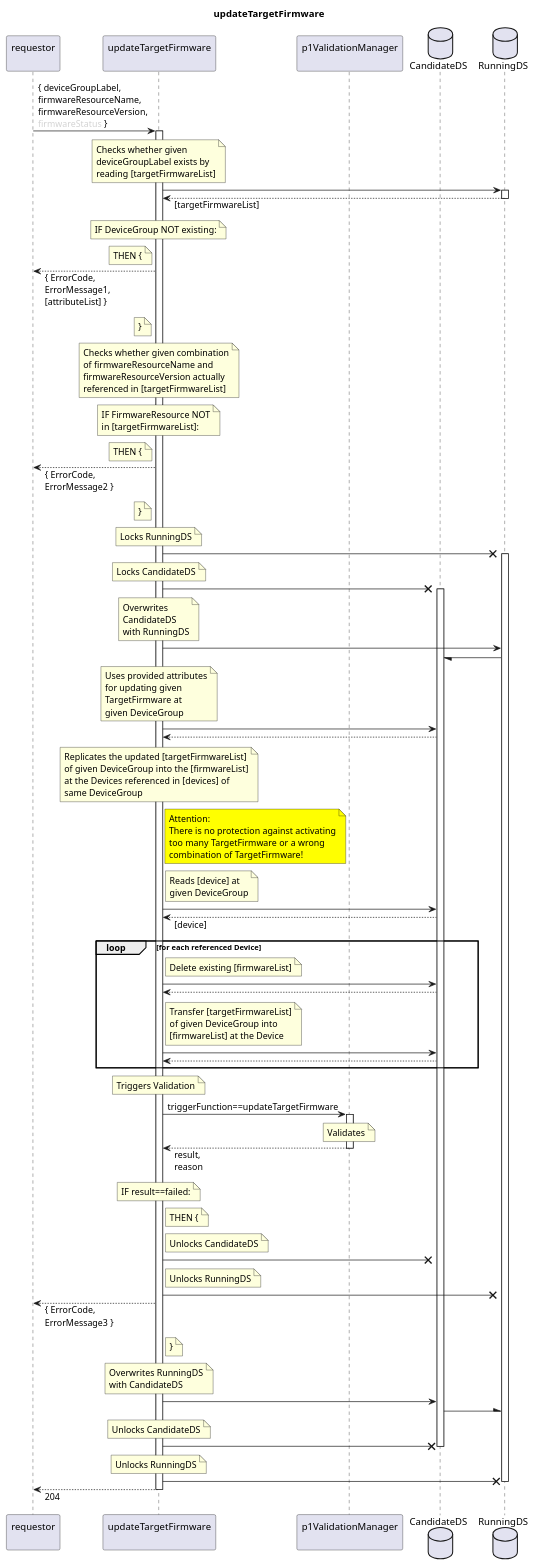
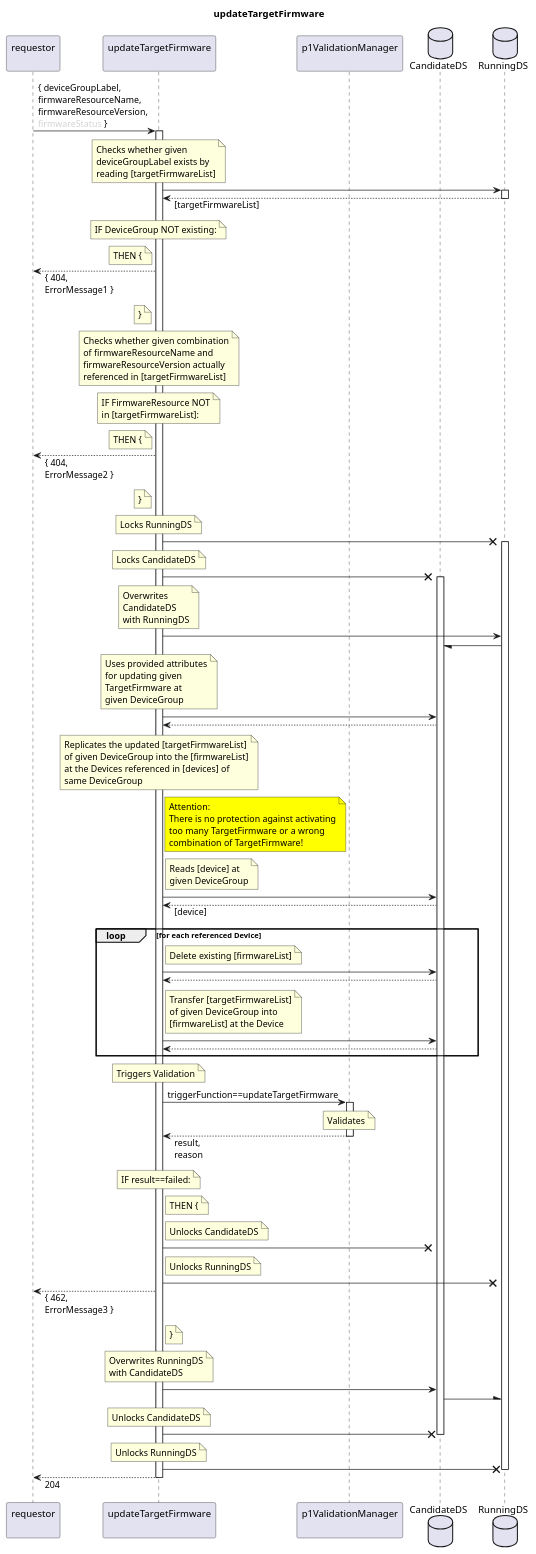
The diagram in spec/Services/updateTargetFirmware/1.0.0/updateTargetFirmware.plantuml (openBackhaul/FirmWareManager), drawn with PlantUML before and after one commit. The commit also changed 89 other files, not shown here.

```diff
--- a/spec/Services/updateTargetFirmware/1.0.0/updateTargetFirmware.plantuml
+++ b/spec/Services/updateTargetFirmware/1.0.0/updateTargetFirmware.plantuml
@@ -1,164 +1,164 @@
 @startuml updateTargetFirmware
 skinparam responseMessageBelowArrow true
 
 title
   updateTargetFirmware
 end title
 
 participant "requestor\n" as requestor
 participant "updateTargetFirmware\n" as indServ
 participant "p1ValidationManager\n" as valiMan
 database "CandidateDS" as CanDS
 database "RunningDS" as RunDS
 
 requestor -> indServ: { deviceGroupLabel,\nfirmwareResourceName,\nfirmwareResourceVersion,\n<color:LightGray>firmwareStatus</color> }
 activate indServ
 
   note over indServ
     Checks whether given
     deviceGroupLabel exists by
     reading [targetFirmwareList]
   end note
   indServ -> RunDS
   activate RunDS
   indServ <-- RunDS: [targetFirmwareList]
   deactivate RunDS
   note over indServ
     IF DeviceGroup NOT existing:
   end note
   note left indServ
     THEN {
   end note
-  requestor <-- indServ: { ErrorCode,\nErrorMessage1,\n[attributeList] }
+  requestor <-- indServ: { 404,\nErrorMessage1 }
   note left indServ
     }
   end note
 
   note over indServ
     Checks whether given combination
     of firmwareResourceName and
     firmwareResourceVersion actually
     referenced in [targetFirmwareList]
   end note
   note over indServ
     IF FirmwareResource NOT
     in [targetFirmwareList]:
   end note
   note left indServ
     THEN {
   end note
-  requestor <-- indServ: { ErrorCode,\nErrorMessage2 }
+  requestor <-- indServ: { 404,\nErrorMessage2 }
   note left indServ
     }
   end note
 
   note over indServ
     Locks RunningDS
   end note
   indServ -X RunDS
   activate RunDS
   note over indServ
     Locks CandidateDS
   end note
   indServ -X CanDS
   activate CanDS
   note over indServ
     Overwrites
     CandidateDS
     with RunningDS
   end note
   indServ -> RunDS
   RunDS -/ CanDS
 
   note over indServ
     Uses provided attributes
     for updating given
     TargetFirmware at
     given DeviceGroup
   end note
   indServ -> CanDS
   indServ <-- CanDS
 
   note over indServ
     Replicates the updated [targetFirmwareList]
     of given DeviceGroup into the [firmwareList]
     at the Devices referenced in [devices] of
     same DeviceGroup
   end note
   note left valiMan #Yellow
     Attention:
     There is no protection against activating
     too many TargetFirmware or a wrong
     combination of TargetFirmware!
   end note
   note right indServ
     Reads [device] at
     given DeviceGroup
   end note
   indServ -> CanDS
   indServ <-- CanDS: [device]
   loop for each referenced Device
     note right indServ
       Delete existing [firmwareList]
     end note
     indServ -> CanDS
     indServ <-- CanDS
     note right indServ
       Transfer [targetFirmwareList]
       of given DeviceGroup into
       [firmwareList] at the Device
     end note
     indServ -> CanDS
     indServ <-- CanDS
   end loop
 
   note over indServ
     Triggers Validation
   end note
   indServ -> valiMan: triggerFunction==updateTargetFirmware
   activate valiMan
     note over valiMan
       Validates
     end note
   indServ <-- valiMan: result,\nreason
   deactivate valiMan
   note over indServ
     IF result==failed:
   end note
   note right indServ
     THEN {
   end note
   note right indServ
     Unlocks CandidateDS
   end note
   indServ -X CanDS
   note right indServ
     Unlocks RunningDS
   end note
   indServ -X RunDS
-  requestor <-- indServ: { ErrorCode,\nErrorMessage3 }
+  requestor <-- indServ: { 462,\nErrorMessage3 }
   note right indServ
     }
   end note
 
   note over indServ
     Overwrites RunningDS
     with CandidateDS
   end note
   indServ -> CanDS
   CanDS -\ RunDS
   note over indServ
     Unlocks CandidateDS
   end note
   indServ -X CanDS
   deactivate CanDS
   note over indServ
     Unlocks RunningDS
   end note
   indServ -X RunDS
   deactivate RunDS
 
 requestor <-- indServ: 204
 deactivate indServ
 
 @enduml
```
